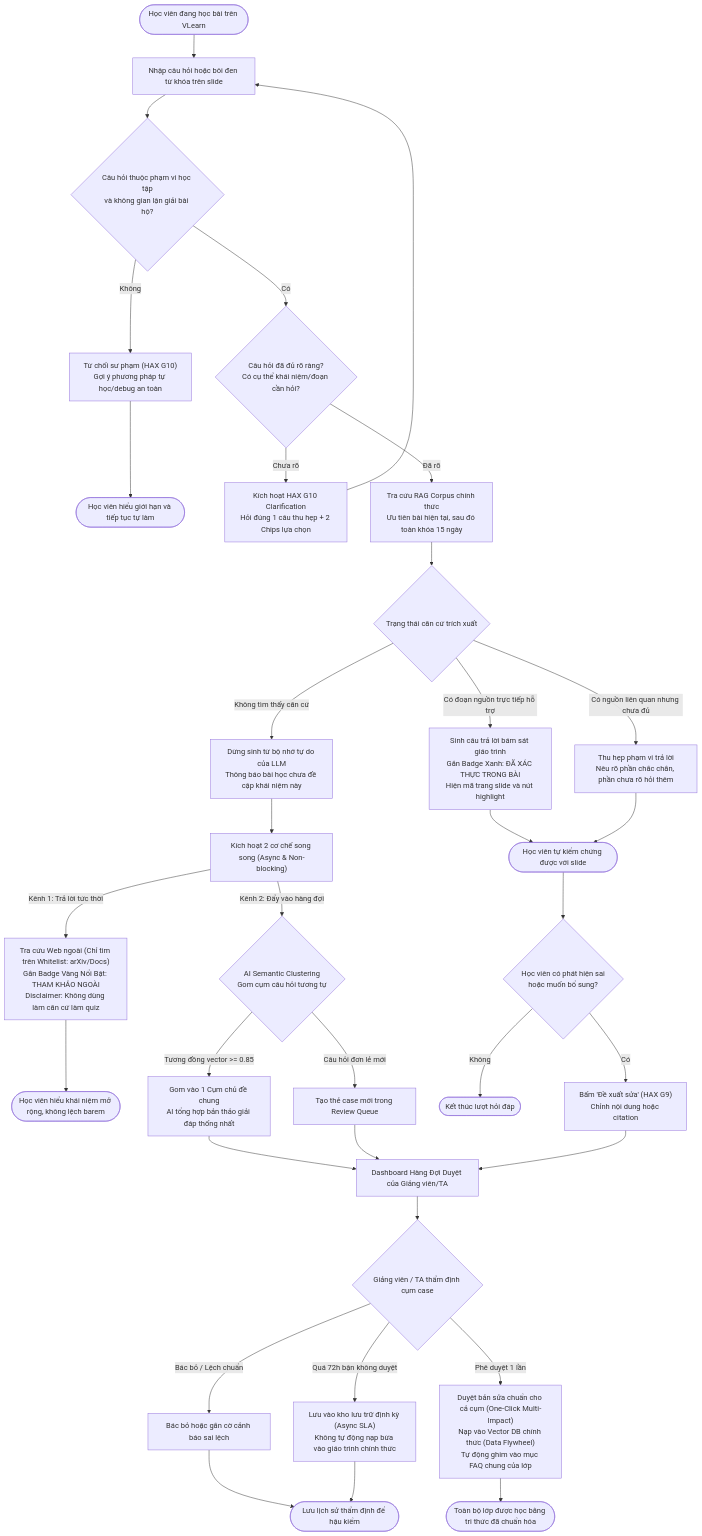
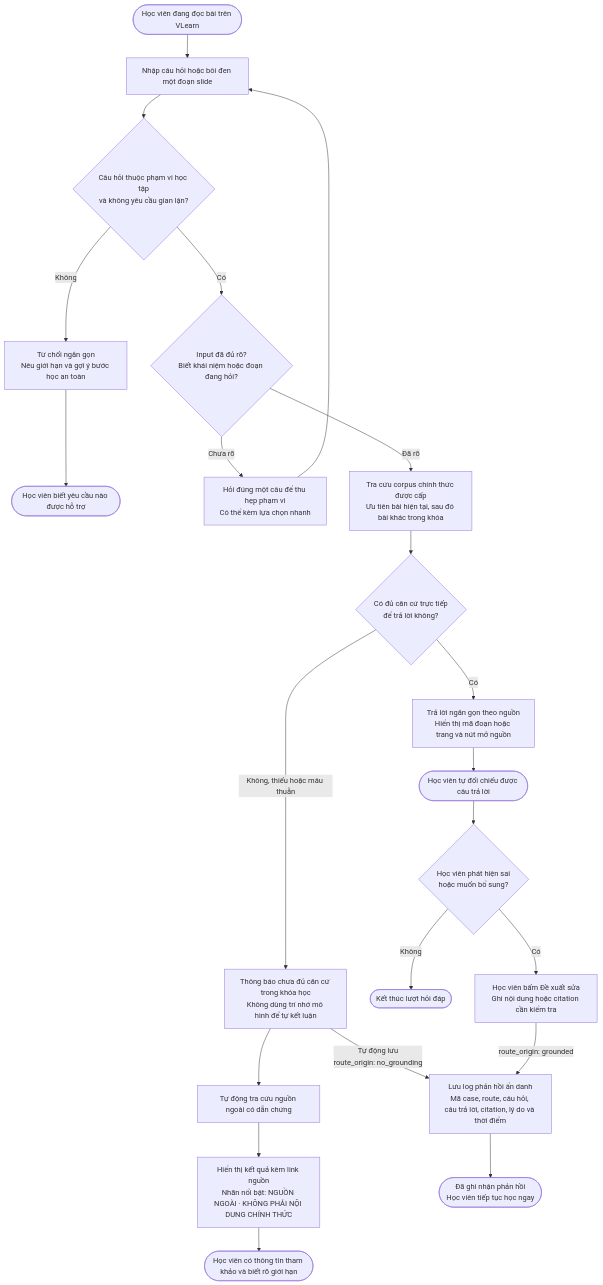
One commit to dawnmoriaty/K4-3B-E403-BDKT changed the diagram in flowchart.md. Above: the diagram before and after it, drawn with Mermaid. The commit also changed other lines of this file, not shown here.

Commit message:
docs: sync CP2 flowchart

````diff
--- a/flowchart.md
+++ b/flowchart.md
@@ -59,48 +42,31 @@
 ```mermaid
 flowchart TD
-    Start(["Học viên đang học bài trên VLearn"]) --> Ask["Nhập câu hỏi hoặc bôi đen từ khóa trên slide"]
+    Start([Học viên đang đọc bài trên VLearn]) --> Ask[Nhập câu hỏi hoặc bôi đen một đoạn slide]
 
-    Ask --> Scope{"Câu hỏi thuộc phạm vi học tập<br/>và không gian lận giải bài hộ?"}
-    Scope -->|Không| Refuse["Từ chối sư phạm (HAX G10)<br/>Gợi ý phương pháp tự học/debug an toàn"]
-    Refuse --> SafeEnd(["Học viên hiểu giới hạn và tiếp tục tự làm"])
+    Ask --> Scope{Câu hỏi thuộc phạm vi học tập<br/>và không yêu cầu gian lận?}
+    Scope -->|Không| Refuse[Từ chối ngắn gọn<br/>Nêu giới hạn và gợi ý bước học an toàn]
+    Refuse --> SafeEnd([Học viên biết yêu cầu nào được hỗ trợ])
 
-    Scope -->|Có| Clear{"Câu hỏi đã đủ rõ ràng?<br/>Có cụ thể khái niệm/đoạn cần hỏi?"}
-    Clear -->|Chưa rõ| Clarify["Kích hoạt HAX G10 Clarification<br/>Hỏi đúng 1 câu thu hẹp + 2 Chips lựa chọn"]
+    Scope -->|Có| Clear{Input đã đủ rõ?<br/>Biết khái niệm hoặc đoạn đang hỏi?}
+    Clear -->|Chưa rõ| Clarify[Hỏi đúng một câu để thu hẹp phạm vi<br/>Có thể kèm lựa chọn nhanh]
     Clarify --> Ask
 
-    Clear -->|Đã rõ| Retrieve["Tra cứu RAG Corpus chính thức<br/>Ưu tiên bài hiện tại, sau đó toàn khóa 15 ngày"]
-    Retrieve --> Evidence{"Trạng thái căn cứ trích xuất"}
+    Clear -->|Đã rõ| Retrieve[Tra cứu corpus chính thức được cấp<br/>Ưu tiên bài hiện tại, sau đó bài khác trong khóa]
+    Retrieve --> Evidence{Có đủ căn cứ trực tiếp<br/>để trả lời không?}
 
-    Evidence -->|Có đoạn nguồn trực tiếp hỗ trợ| Grounded["Sinh câu trả lời bám sát giáo trình<br/>Gắn Badge Xanh: ĐÃ XÁC THỰC TRONG BÀI<br/>Hiện mã trang slide và nút highlight"]
-    Grounded --> Verify(["Học viên tự kiểm chứng được với slide"])
+    Evidence -->|Có| Grounded[Trả lời ngắn gọn theo nguồn<br/>Hiển thị mã đoạn hoặc trang và nút mở nguồn]
+    Grounded --> Verify([Học viên tự đối chiếu được câu trả lời])
 
-    Evidence -->|Có nguồn liên quan nhưng chưa đủ| Narrow["Thu hẹp phạm vi trả lời<br/>Nêu rõ phần chắc chắn, phần chưa rõ hỏi thêm"]
-    Narrow --> Verify
+    Evidence -->|Không, thiếu hoặc mâu thuẫn| Abstain[Thông báo chưa đủ căn cứ trong khóa học<br/>Không dùng trí nhớ mô hình để tự kết luận]
+    Abstain --> ExternalSearch[Tự động tra cứu nguồn ngoài có dẫn chứng]
+    ExternalSearch --> External[Hiển thị kết quả kèm link nguồn<br/>Nhãn nổi bật: NGUỒN NGOÀI · KHÔNG PHẢI NỘI DUNG CHÍNH THỨC]
+    External --> NoGroundEnd([Học viên có thông tin tham khảo và biết rõ giới hạn])
+    Abstain -->|Tự động lưu<br/>route_origin: no_grounding| FeedbackLog[Lưu log phản hồi ẩn danh<br/>Mã case, route, câu hỏi, câu trả lời, citation, lý do và thời điểm]
 
-    Evidence -->|Không tìm thấy căn cứ| Abstain["Dừng sinh từ bộ nhớ tự do của LLM<br/>Thông báo bài học chưa đề cập khái niệm này"]
-    Abstain --> FallbackRoute["Kích hoạt 2 cơ chế song song (Async & Non-blocking)"]
+    Verify --> Correct{Học viên phát hiện sai<br/>hoặc muốn bổ sung?}
+    Correct -->|Không| Done([Kết thúc lượt hỏi đáp])
+    Correct -->|Có| Suggest[Học viên bấm Đề xuất sửa<br/>Ghi nội dung hoặc citation cần kiểm tra]
+    Suggest -->|route_origin: grounded| FeedbackLog
 
-    FallbackRoute -->|Kênh 1: Trả lời tức thời| External["Tra cứu Web ngoài (Chỉ tìm trên Whitelist: arXiv/Docs)<br/>Gắn Badge Vàng Nổi Bật: THAM KHẢO NGOÀI<br/>Disclaimer: Không dùng làm căn cứ làm quiz"]
-    External --> NoGroundEnd(["Học viên hiểu khái niệm mở rộng, không lệch barem"])
-
-    FallbackRoute -->|Kênh 2: Đẩy vào hàng đợi| ClusterEngine{"AI Semantic Clustering<br/>Gom cụm câu hỏi tương tự"}
-    ClusterEngine -->|Tương đồng vector >= 0.85| GroupTopic["Gom vào 1 Cụm chủ đề chung<br/>AI tổng hợp bản thảo giải đáp thống nhất"]
-    ClusterEngine -->|Câu hỏi đơn lẻ mới| NewTopic["Tạo thẻ case mới trong Review Queue"]
-
-    GroupTopic --> Queue["Dashboard Hàng Đợi Duyệt của Giảng viên/TA"]
-    NewTopic --> Queue
-
-    Verify --> StudentFeedback{"Học viên có phát hiện sai<br/>hoặc muốn bổ sung?"}
-    StudentFeedback -->|Không| Done(["Kết thúc lượt hỏi đáp"])
-    StudentFeedback -->|Có| Suggest["Bấm 'Đề xuất sửa' (HAX G9)<br/>Chỉnh nội dung hoặc citation"]
-    Suggest --> Queue
-
-    Queue --> TAAction{"Giảng viên / TA thẩm định cụm case"}
-    TAAction -->|Quá 72h bận không duyệt| AutoArchive["Lưu vào kho lưu trữ định kỳ (Async SLA)<br/>Không tự động nạp bừa vào giáo trình chính thức"]
-    TAAction -->|Bác bỏ / Lệch chuẩn| Reject["Bác bỏ hoặc gắn cờ cảnh báo sai lệch"]
-    TAAction -->|Phê duyệt 1 lần| Approve["Duyệt bản sửa chuẩn cho cả cụm (One-Click Multi-Impact)<br/>Nạp vào Vector DB chính thức (Data Flywheel)<br/>Tự động ghim vào mục FAQ chung của lớp"]
-
-    Approve --> UpdateClass(["Toàn bộ lớp được học bằng tri thức đã chuẩn hóa"])
-    Reject --> AuditLog(["Lưu lịch sử thẩm định để hậu kiểm"])
-    AutoArchive --> AuditLog
+    FeedbackLog --> Received([Đã ghi nhận phản hồi<br/>Học viên tiếp tục học ngay])
 ```
````
